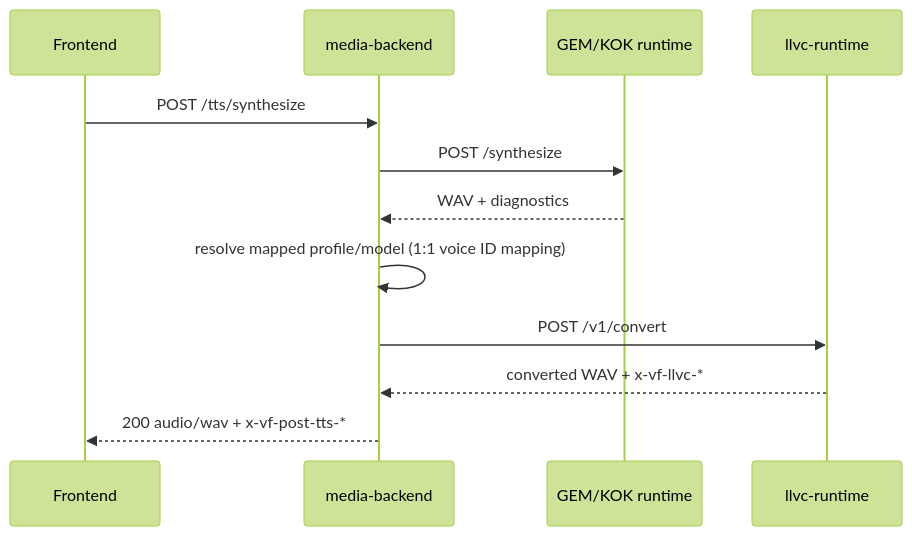
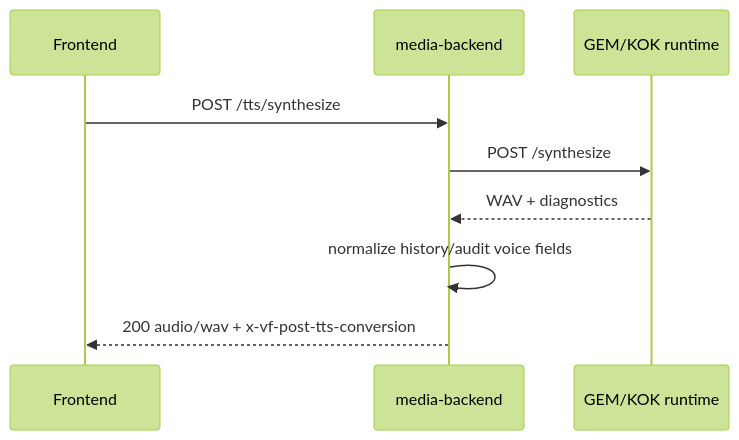
Before and after one commit to rease00/VOICE-FLOW-2.0: the third of 3 diagrams in docs/TTS_LLVC_MULTISPEAKER_FLOW.md, drawn with Mermaid (forest theme). The commit also changed other lines of this file and 21 other files, not shown here.

````diff
--- a/docs/TTS_LLVC_MULTISPEAKER_FLOW.md
+++ b/docs/TTS_LLVC_MULTISPEAKER_FLOW.md
@@ -45,15 +39,12 @@
 ```mermaid
 sequenceDiagram
     participant U as Frontend
     participant M as media-backend
     participant T as GEM/KOK runtime
-    participant R as llvc-runtime
 
     U->>M: POST /tts/synthesize
     M->>T: POST /synthesize
     T-->>M: WAV + diagnostics
-    M->>M: resolve mapped profile/model (1:1 voice ID mapping)
-    M->>R: POST /v1/convert
-    R-->>M: converted WAV + x-vf-llvc-*
-    M-->>U: 200 audio/wav + x-vf-post-tts-*
+    M->>M: normalize history/audit voice fields
+    M-->>U: 200 audio/wav + x-vf-post-tts-conversion
 ```
````
